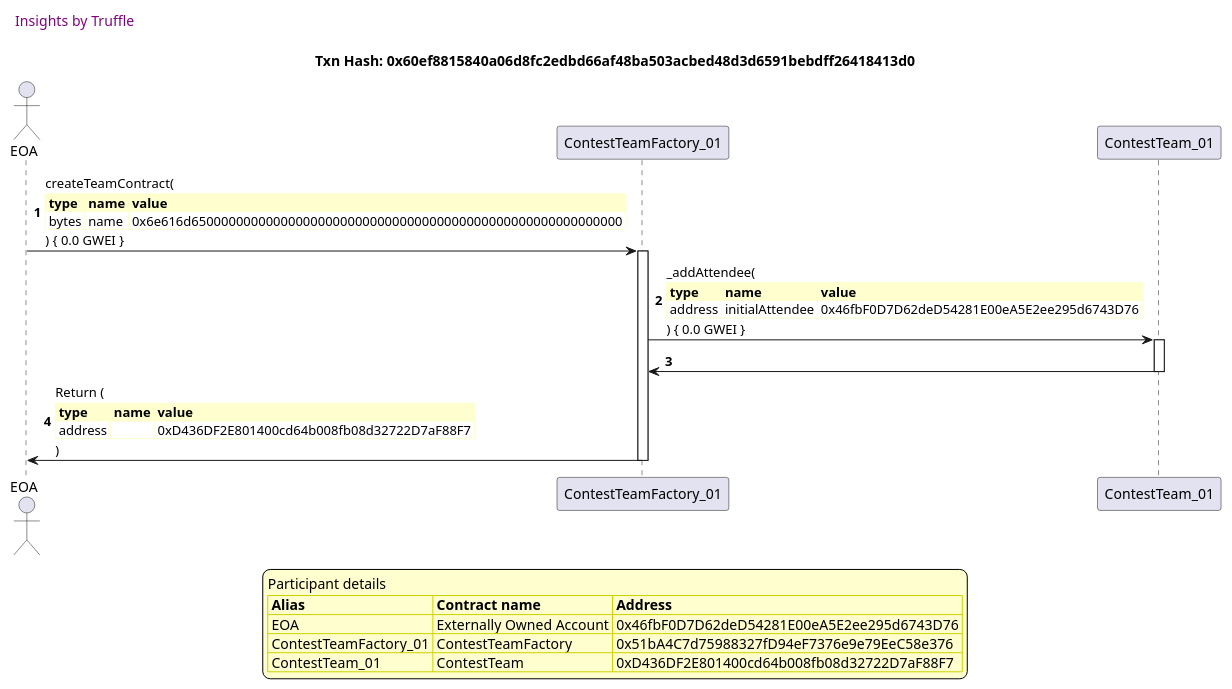
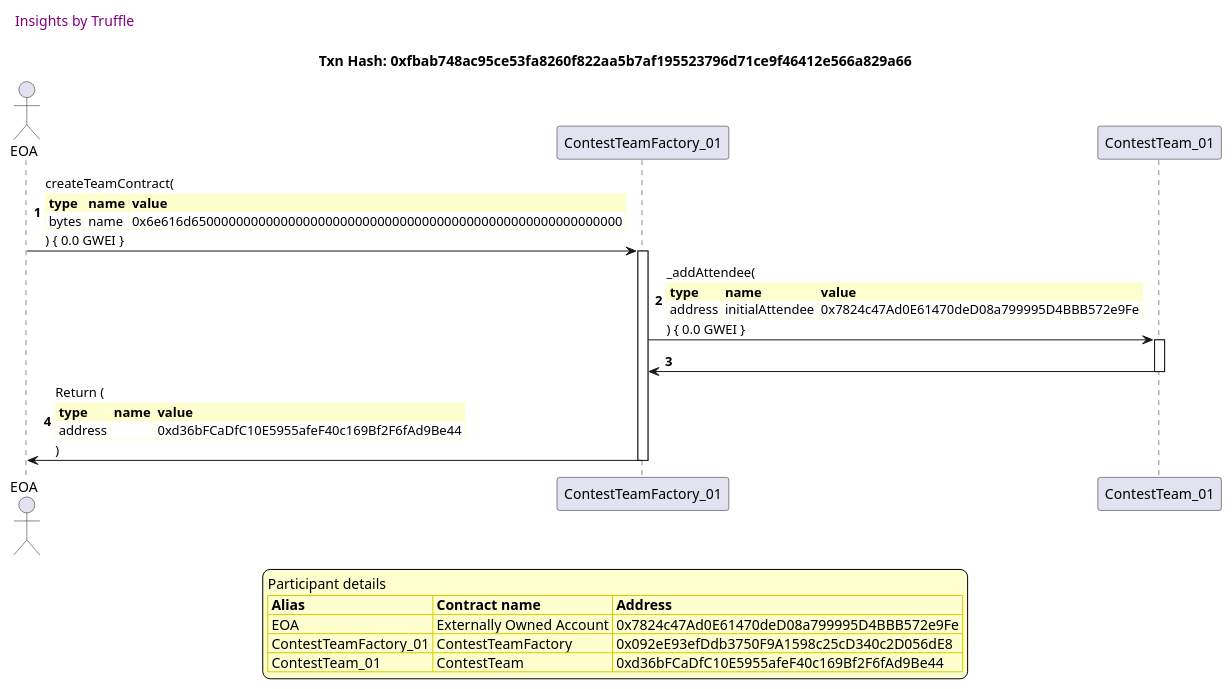
One commit to fodisi/hackapay changed the tenth of 11 diagrams in truffle-seq/factory_contestteamfactory.md. Above: the diagram before and after it, drawn with PlantUML. The commit also changed other lines of this file and 10 other files, not shown here.

````diff
--- a/truffle-seq/factory_contestteamfactory.md
+++ b/truffle-seq/factory_contestteamfactory.md
@@ -465,50 +465,50 @@
 ```plantuml
 
 
 @startuml
 
 autonumber
 skinparam legendBackgroundColor #FEFECE
 
 <style>
       header {
         HorizontalAlignment left
         FontColor purple
         FontSize 14
         Padding 10
       }
     </style>
 
 header Insights by Truffle
 
-title Txn Hash: 0x60ef8815840a06d8fc2edbd66af48ba503acbed48d3d6591bebdff26418413d0
+title Txn Hash: 0xfbab748ac95ce53fa8260f822aa5b7af195523796d71ce9f46412e566a829a66
 
 
 actor EOA as "EOA"
 participant ContestTeamFactory_01 as "ContestTeamFactory_01"
 participant ContestTeam_01 as "ContestTeam_01"
 
 "EOA" -> "ContestTeamFactory_01" ++: createTeamContract(\n\
 <#FEFECE,#FEFECE>|= type |= name |= value |\n\
 | bytes | name | 0x6e616d6500000000000000000000000000000000000000000000000000000000 |\n\
 ) { 0.0 GWEI }
 "ContestTeamFactory_01" -> "ContestTeam_01" ++: _addAttendee(\n\
 <#FEFECE,#FEFECE>|= type |= name |= value |\n\
-| address | initialAttendee | 0x46fbF0D7D62deD54281E00eA5E2ee295d6743D76 |\n\
+| address | initialAttendee | 0x7824c47Ad0E61470deD08a799995D4BBB572e9Fe |\n\
 ) { 0.0 GWEI }
 "ContestTeam_01" -> "ContestTeamFactory_01" --: 
 "ContestTeamFactory_01" -> "EOA" --: Return (\n\
 <#FEFECE,#FEFECE>|= type |= name |= value |\n\
-| address |  | 0xD436DF2E801400cd64b008fb08d32722D7aF88F7 |\n\
+| address |  | 0xd36bFCaDfC10E5955afeF40c169Bf2F6fAd9Be44 |\n\
 )
 
 legend
 Participant details
 <#FEFECE,#D0D000>|= Alias |= Contract name |= Address |
-<#FEFECE>| EOA | Externally Owned Account | 0x46fbF0D7D62deD54281E00eA5E2ee295d6743D76 |
-<#FEFECE>| ContestTeamFactory_01 | ContestTeamFactory | 0x51bA4C7d75988327fD94eF7376e9e79EeC58e376 |
-<#FEFECE>| ContestTeam_01 | ContestTeam | 0xD436DF2E801400cd64b008fb08d32722D7aF88F7 |
+<#FEFECE>| EOA | Externally Owned Account | 0x7824c47Ad0E61470deD08a799995D4BBB572e9Fe |
+<#FEFECE>| ContestTeamFactory_01 | ContestTeamFactory | 0x092eE93efDdb3750F9A1598c25cD340c2D056dE8 |
+<#FEFECE>| ContestTeam_01 | ContestTeam | 0xd36bFCaDfC10E5955afeF40c169Bf2F6fAd9Be44 |
 endlegend
 
 @enduml
 ```
````
